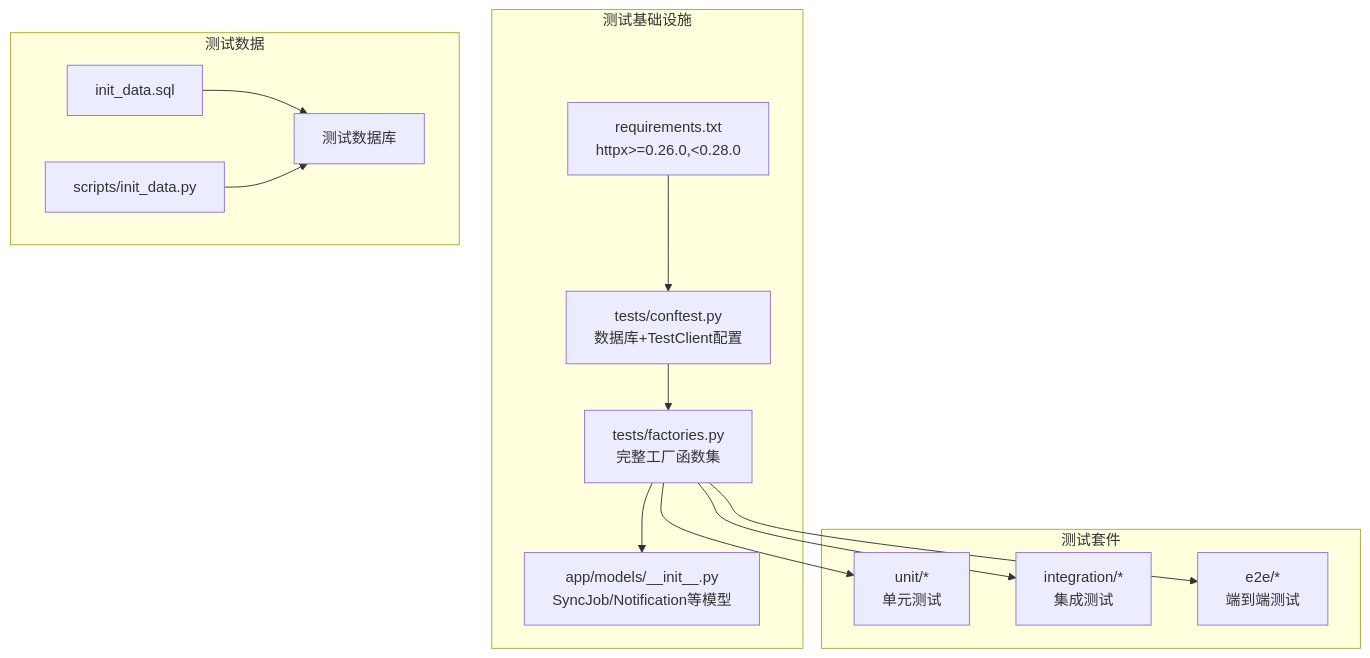
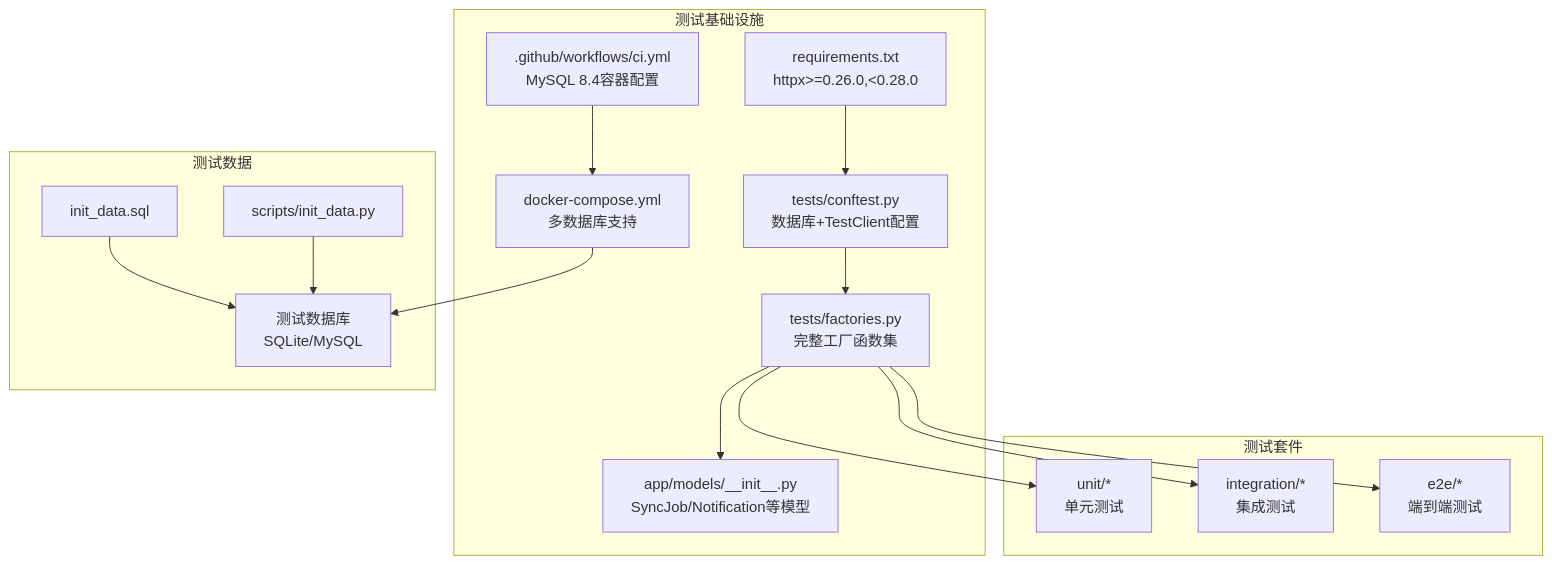
One commit to gujialind/InvestRing changed the first of 4 diagrams in .qoder/repowiki/zh/content/开发指南/测试策略/测试环境配置.md. Above: the diagram before and after it, drawn with Mermaid. The commit also changed other lines of this file and 59 other files, not shown here.

````diff
--- a/.qoder/repowiki/zh/content/开发指南/测试策略/测试环境配置.md
+++ b/.qoder/repowiki/zh/content/开发指南/测试策略/测试环境配置.md
@@ -58,27 +64,31 @@
 ```mermaid
 graph TB
 subgraph "测试基础设施"
 REQ["requirements.txt<br/>httpx>=0.26.0,<0.28.0"]
 CONF["tests/conftest.py<br/>数据库+TestClient配置"]
 FACT["tests/factories.py<br/>完整工厂函数集"]
 MODELS["app/models/__init__.py<br/>SyncJob/Notification等模型"]
+CI[".github/workflows/ci.yml<br/>MySQL 8.4容器配置"]
+DC["docker-compose.yml<br/>多数据库支持"]
 end
 subgraph "测试套件"
 UNIT["unit/*<br/>单元测试"]
 INTEG["integration/*<br/>集成测试"]
 E2E["e2e/*<br/>端到端测试"]
 end
 subgraph "测试数据"
 INIT_SQL["init_data.sql"]
 INIT_PY["scripts/init_data.py"]
-DB["测试数据库"]
+DB["测试数据库<br/>SQLite/MySQL"]
 end
 REQ --> CONF
 CONF --> FACT
 FACT --> MODELS
+CI --> DC
+DC --> DB
 FACT --> UNIT
 FACT --> INTEG
 FACT --> E2E
 INIT_SQL --> DB
 INIT_PY --> DB
 ```
````
